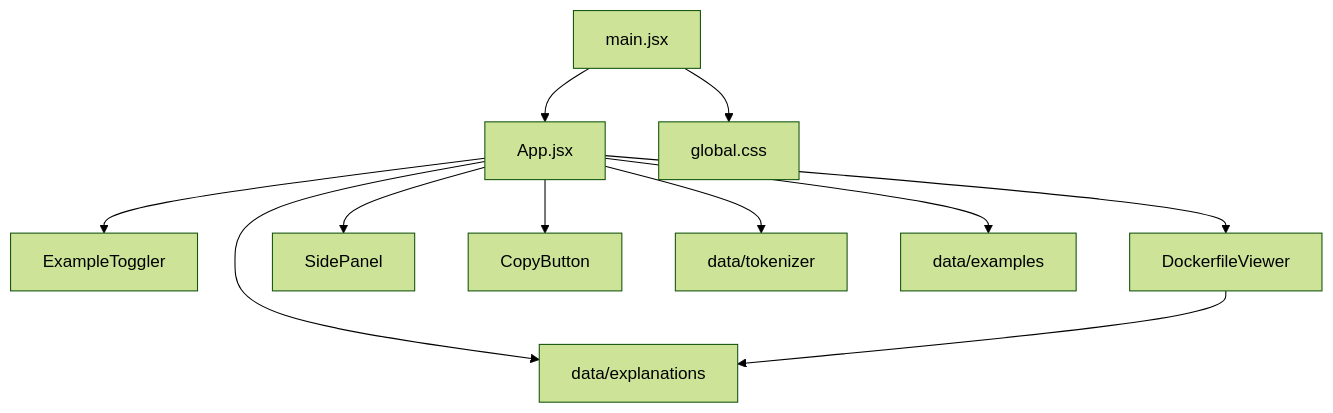
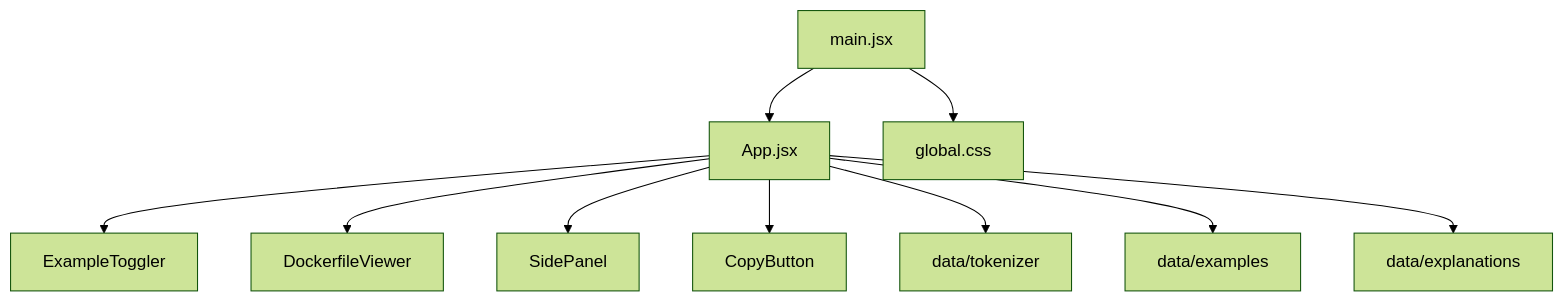
One commit to abraham/dockerfile-pub changed the second of 2 diagrams in docs/specs/site-architecture.md. Above: the diagram before and after it, drawn with Mermaid (forest theme). The commit also changed other lines of this file and 52 other files, not shown here.

Commit message:
cleanup architecture

````diff
--- a/docs/specs/site-architecture.md
+++ b/docs/specs/site-architecture.md
@@ -50,13 +57,12 @@
 ```mermaid
 flowchart TD
   main[main.jsx] --> App[App.jsx]
   main --> gcss[global.css]
   App --> ET[ExampleToggler]
   App --> DV[DockerfileViewer]
   App --> SP[SidePanel]
   App --> CB[CopyButton]
   App --> tok[data/tokenizer]
   App --> ex[data/examples]
   App --> expl[data/explanations]
-  DV --> expl
 ```
````
